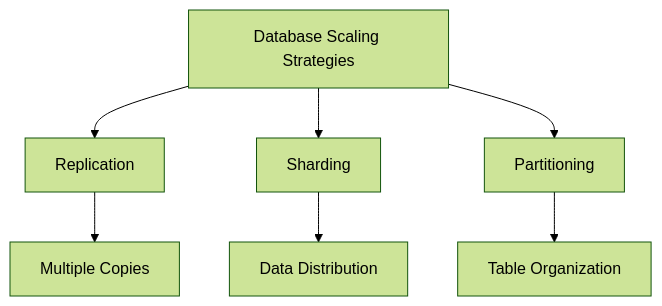
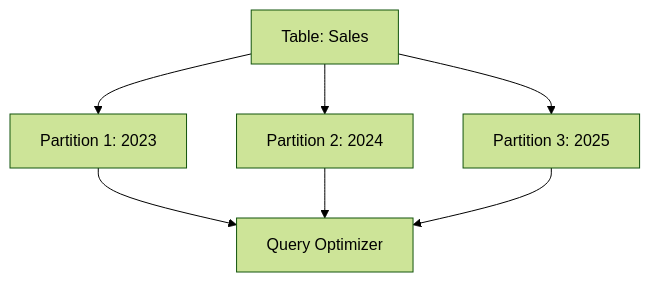
One commit to VrushankPatel/interview-matters changed the third of 3 diagrams in replication-vs-sharding-vs-partitioning/README.md. Above: the diagram before and after it, drawn with Mermaid (forest theme). The commit also changed other lines of this file and 6 other files, not shown here.

Commit message:
kb: add/update topics popular-system-designs, lld-hld-basics, replication-vs-sharding-vs-partitioning, caching, latency-and-throughput-zero-to-hero

````diff
--- a/replication-vs-sharding-vs-partitioning/README.md
+++ b/replication-vs-sharding-vs-partitioning/README.md
@@ -81,9 +80,9 @@
 ```mermaid
 graph TD
-    A[Database Scaling Strategies] --> B[Replication]
-    A --> C[Sharding]
-    A --> D[Partitioning]
-    B --> E[Multiple Copies]
-    C --> F[Data Distribution]
-    D --> G[Table Organization]
+    A[Table: Sales] --> B[Partition 1: 2023]
+    A --> C[Partition 2: 2024]
+    A --> D[Partition 3: 2025]
+    B --> E[Query Optimizer]
+    C --> E
+    D --> E
 ```
````
